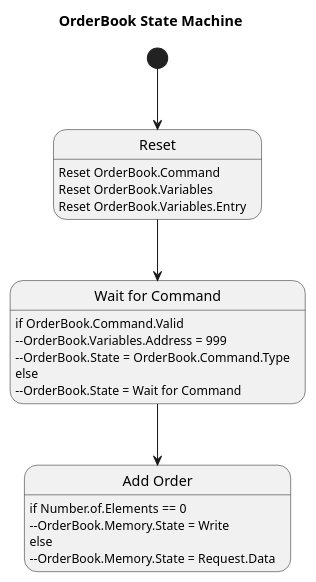
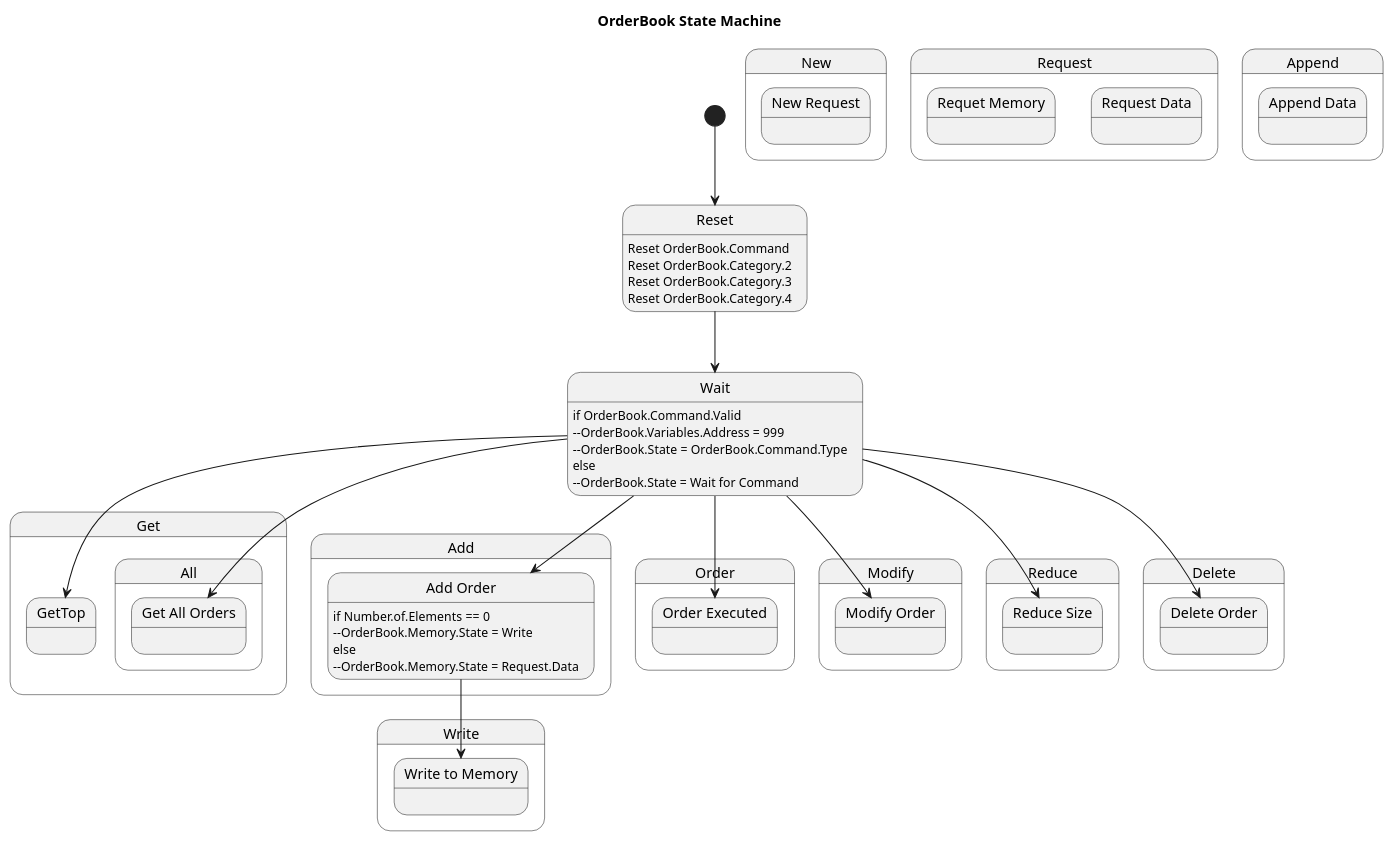
The diagram in diagrams/OrderBook.State.Machine.plantuml (fpganow/OrderBook), drawn with PlantUML before and after one commit.

```diff
--- a/diagrams/OrderBook.State.Machine.plantuml
+++ b/diagrams/OrderBook.State.Machine.plantuml
@@ -1,93 +1,111 @@
 @startuml OrderBook State Machine
 
 title OrderBook State Machine
 
 /'
 Input Signals
   OrderBook.Command
   Reset
   OrderBook.Command.Valid
   Ready.For.OrderBook.Result
 Output Signals
   OrderBook.Result
   OrderBook.Result.Valid
   Ready.For.OrderBook.Command
 Signals
 '/
 
 state "Reset" as Reset: Reset OrderBook.Command
-state "Reset" as Reset: Reset OrderBook.Variables
-state "Reset" as Reset: Reset OrderBook.Variables.Entry
-state "Wait for Command" as Wait: if OrderBook.Command.Valid
-state "Wait for Command" as Wait: --OrderBook.Variables.Address = 999
-state "Wait for Command" as Wait: --OrderBook.State = OrderBook.Command.Type
-state "Wait for Command" as Wait: else
-state "Wait for Command" as Wait: --OrderBook.State = Wait for Command
-state "Add Order" as Add_Order: if Number.of.Elements == 0
-state "Add Order" as Add_Order: --OrderBook.Memory.State = Write
-state "Add Order" as Add_Order: else
-state "Add Order" as Add_Order: --OrderBook.Memory.State = Request.Data
+state "Reset" as Reset: Reset OrderBook.Category.2
+state "Reset" as Reset: Reset OrderBook.Category.3
+state "Reset" as Reset: Reset OrderBook.Category.4
+state "Wait" as Wait: if OrderBook.Command.Valid
+state "Wait" as Wait: --OrderBook.Variables.Address = 999
+state "Wait" as Wait: --OrderBook.State = OrderBook.Command.Type
+state "Wait" as Wait: else
+state "Wait" as Wait: --OrderBook.State = Wait for Command
+state "Get All Orders" as Get.All.Orders:
+state "GetTop" as Get.Top:
+state "Add Order" as Add.Order: if Number.of.Elements == 0
+state "Add Order" as Add.Order: --OrderBook.Memory.State = Write
+state "Add Order" as Add.Order: else
+state "Add Order" as Add.Order: --OrderBook.Memory.State = Request.Data
+state "Order Executed" as Order.Executed:
+state "Modify Order" as Modify.Order:
+state "Reduce Size" as Reduce.Size:
+state "Delete Order" as Delete.Order:
 
-
+state "New Request" as New.Request:
+state "Request Data" as Request.Data:
+state "Append Data" as Append.Data:
+state "Write to Memory" as Write.Memory:
+state "Requet Memory" as Request.Mmory:
 
 
 [*] --> Reset
 Reset --> Wait
-Wait --> Add_Order
+Wait --> Get.All.Orders
+Wait --> Get.Top
+Wait --> Add.Order
+Add.Order --> Write.Memory
+Wait --> Order.Executed
+Wait --> Modify.Order
+Wait --> Reduce.Size
+Wait --> Delete.Order
 'state "Read Sequenced Unit Header" as Rsuh: Read 8 bytes
 'state "Read Sequenced Unit Header" as Rsuh: Save Hdr Length
 'state "Read Sequenced Unit Header" as Rsuh: Hdr Length = (msg_buffer[0] << 8 | msg_buffer[1])
 'Rsuh --> Rmsg : Read 2 bytes
 
 /'
 state "Read Message Type and Length" as Rmsg: Message Length = msg_buffer[0]
 state "Read Message Type and Length" as Rmsg: Message Type = msg_buffer[1]
 Rmsg --> Read_Time
 Read_Time --> Save_Time
 Save_Time -> Rmsg
 Rmsg --> Read_Add_Order
 Read_Add_Order --> SOO
 Rmsg --> Read_Order_Executed
 Read_Order_Executed --> SOO
 Rmsg --> Read_Reduce_Size
 Read_Reduce_Size --> SOO
 Rmsg --> Read_Modify_Order
 Read_Modify_Order --> SOO
 Rmsg --> Read_Delete_Order
 Read_Delete_Order --> SOO
 
 SOO -> Rmsg
 
 state "Read Time" as Read_Time: seconds since midnight (4 bytes)
 state "Read Time" as Read_Time: Time = (msg_buffer[0] << 24) | (msg_buffer[1] << 16) |
 state "Read Time" as Read_Time:     (msg_buffer[2] << 8) | (msg_buffer[3])
 
 state "Read Add Order" as Read_Add_Order: 3 sub-types
 state "Read Add Order" as Read_Add_Order: Add Order (long)
 state "Read Add Order" as Read_Add_Order: Add Order (short)
 state "Read Add Order" as Read_Add_Order: Add Order (expanded)
 
 state "Read Order Executed" as Read_Order_Executed: 2 sub-types
 state "Read Order Executed" as Read_Order_Executed: Order Executed 
 state "Read Order Executed" as Read_Order_Executed: Order Executed at Price/Size
 
 state "Read Reduce Size" as Read_Reduce_Size: 2 sub-types
 state "Read Reduce Size" as Read_Reduce_Size: Reduce Size (short)
 state "Read Reduce Size" as Read_Reduce_Size: Reduce Size (long)
 
 state "Read Modify Order" as Read_Modify_Order: 2 sub-types
 state "Read Modify Order" as Read_Modify_Order: Modify (short)
 state "Read Modify Order" as Read_Modify_Order: Modify (long)
 
 state "Save/Reset Time" as Save_Time: Reset clock
 state "Send to Order Book" as SOO: Send normalized format to Order Book
 
 SOO --> [*]
 '/
 
 'state ProcessingTask {
 '  [*] --> long1
 '  long1 --> ProcessData : Enough Data
 '}
 'ProcessingTask -> [*]
 @enduml
```
